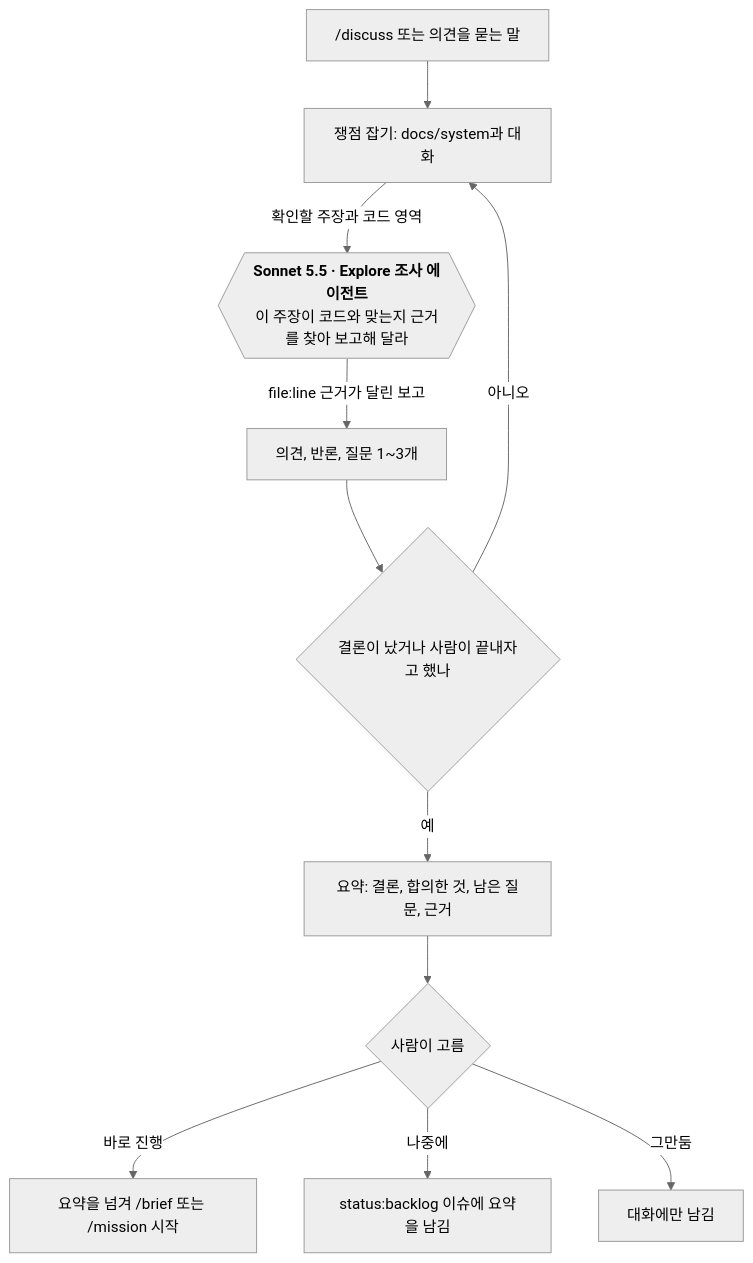
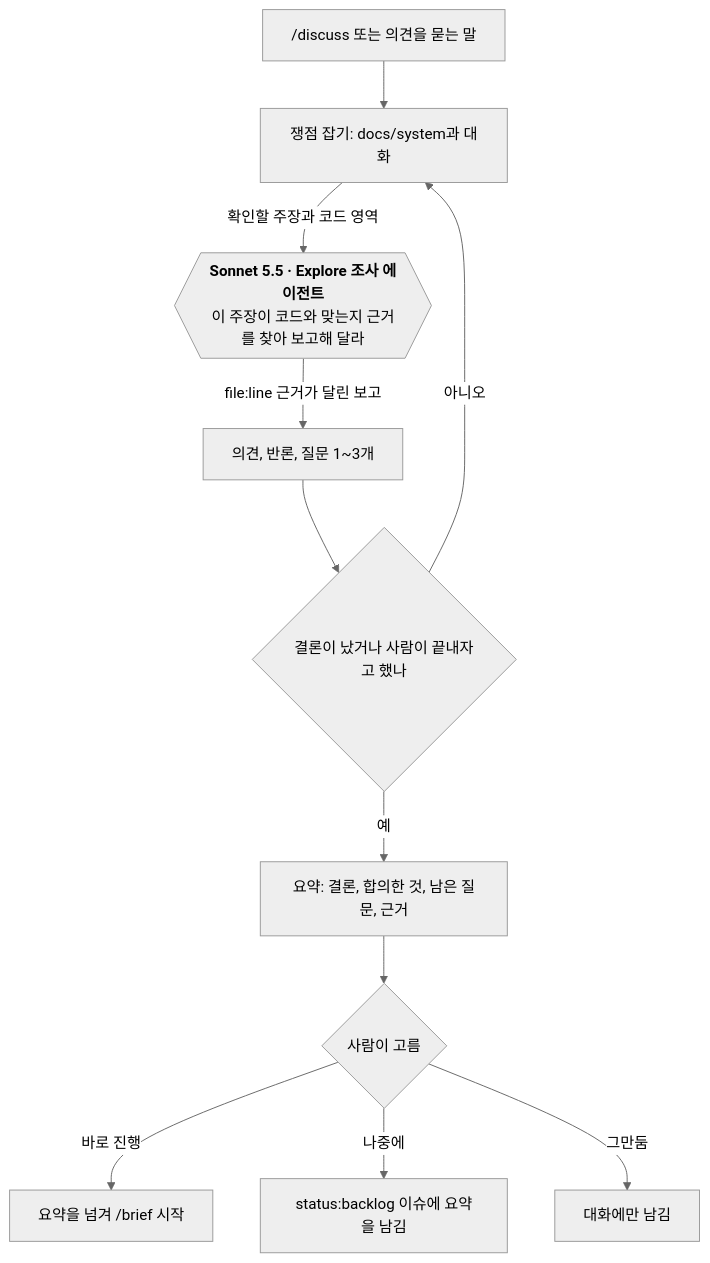
The first of 8 diagrams in docs/system/flows.md (dincal/agent_logbook), drawn with Mermaid (neutral theme) before and after one commit. The commit also changed other lines of this file and 19 other files, not shown here.

````diff
--- a/docs/system/flows.md
+++ b/docs/system/flows.md
@@ -23,14 +23,14 @@
 ```mermaid
 flowchart TD
   A["/discuss 또는 의견을 묻는 말"] --> B["쟁점 잡기: docs/system과 대화"]
   B -->|"확인할 주장과 코드 영역"| X{{"`**Sonnet 5.5 · Explore 조사 에이전트**
   이 주장이 코드와 맞는지 근거를 찾아 보고해 달라`"}}
   X -->|"file:line 근거가 달린 보고"| C["의견, 반론, 질문 1~3개"]
   C --> D{"결론이 났거나 사람이 끝내자고 했나"}
   D -->|"아니오"| B
   D -->|"예"| S["요약: 결론, 합의한 것, 남은 질문, 근거"]
   S --> E{"사람이 고름"}
-  E -->|"바로 진행"| F["요약을 넘겨 /brief 또는 /mission 시작"]
+  E -->|"바로 진행"| F["요약을 넘겨 /brief 시작"]
   E -->|"나중에"| G["status:backlog 이슈에 요약을 남김"]
   E -->|"그만둠"| H["대화에만 남김"]
 ```
````
